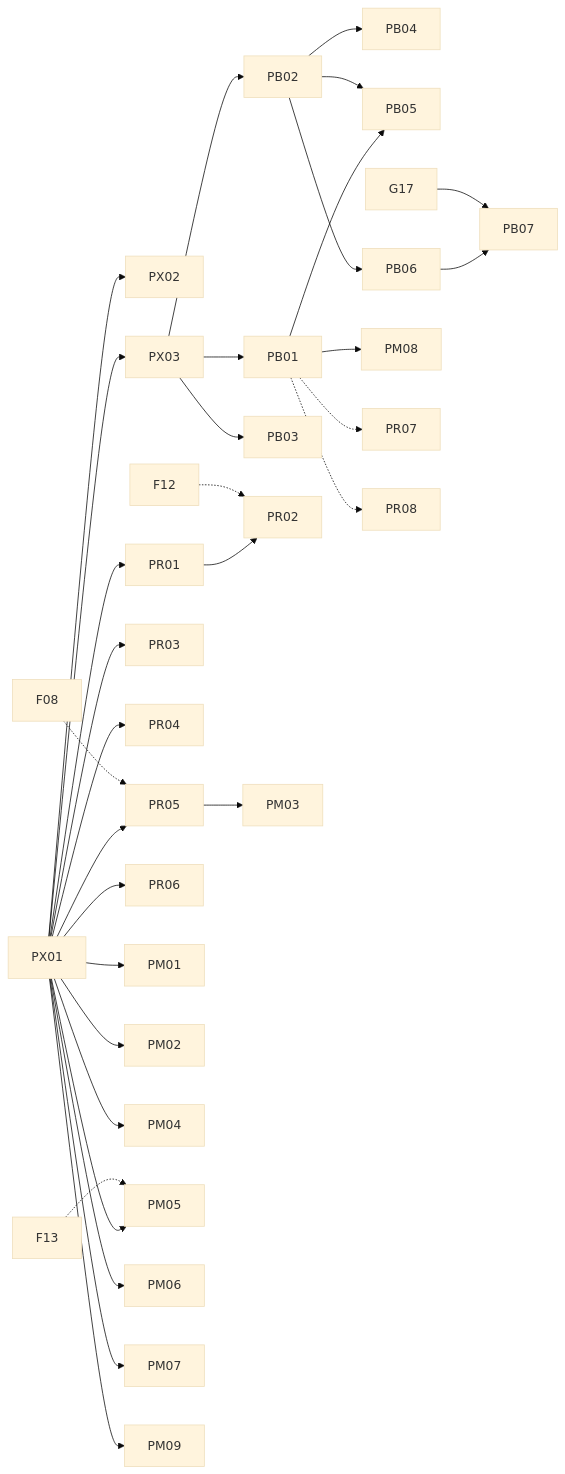
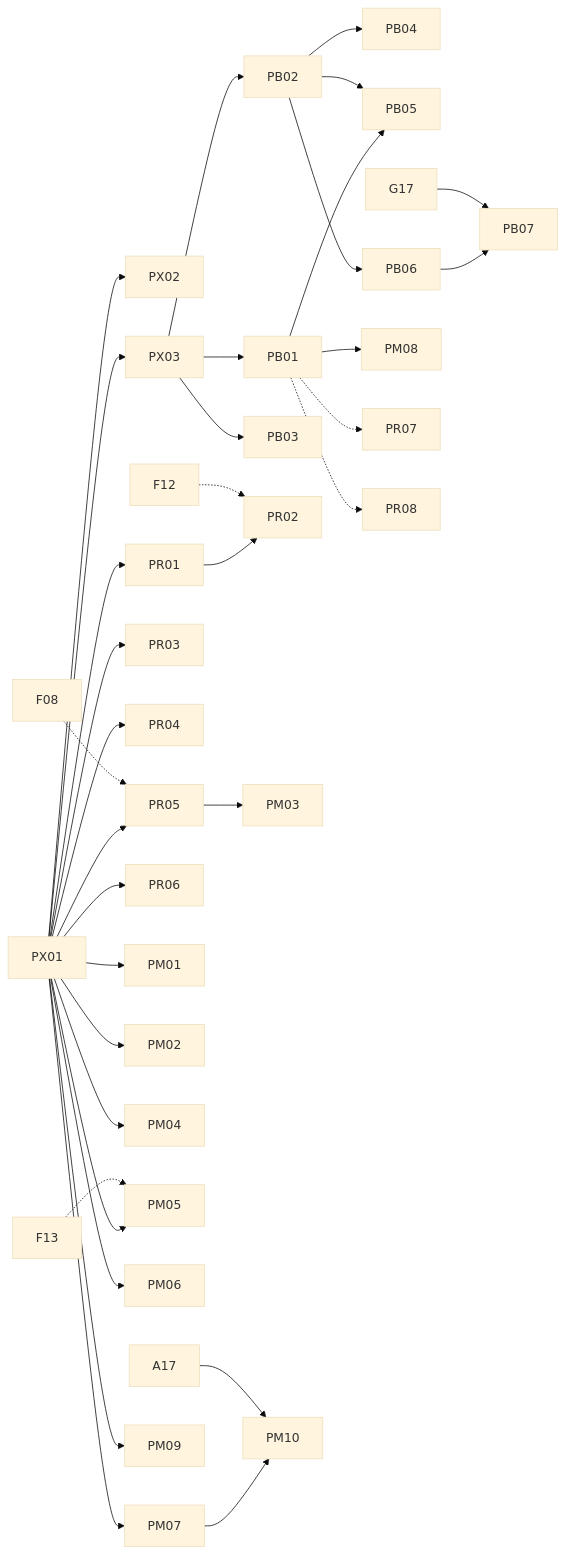
The diagram in _perfs/README.md (tatsuya-midorikawa/Tsuzuri), drawn with Mermaid (base theme) before and after one commit. The commit also changed other lines of this file and 23 other files, not shown here.

````diff
--- a/_perfs/README.md
+++ b/_perfs/README.md
@@ -522,33 +524,35 @@
 ```mermaid
 graph LR
   PX01 --> PX02
   PX01 --> PX03
   PX03 --> PB01
   PX03 --> PB02
   PX03 --> PB03
   PB02 --> PB04
   PB01 --> PB05
   PB02 --> PB05
   PB02 --> PB06
   PB06 --> PB07
   G17 --> PB07
   PB01 --> PM08
   PB01 -.-> PR07
   PB01 -.-> PR08
   PX01 --> PR01 --> PR02
   F12 -.-> PR02
   PX01 --> PR03
   PX01 --> PR04
   PX01 --> PR05
   F08 -.-> PR05
   PR05 --> PM03
   PX01 --> PR06
   PX01 --> PM01
   PX01 --> PM02
   PX01 --> PM04
   PX01 --> PM05
   F13 -.-> PM05
   PX01 --> PM06
   PX01 --> PM07
   PX01 --> PM09
+  PM07 --> PM10
+  A17 --> PM10
 ```
````
